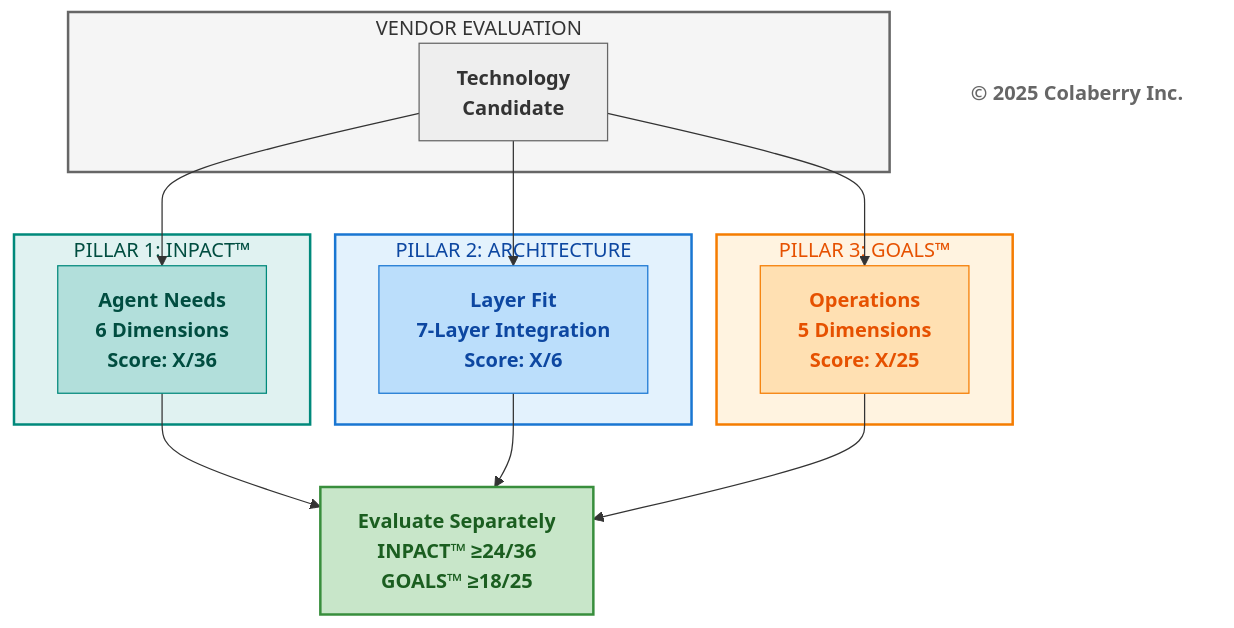
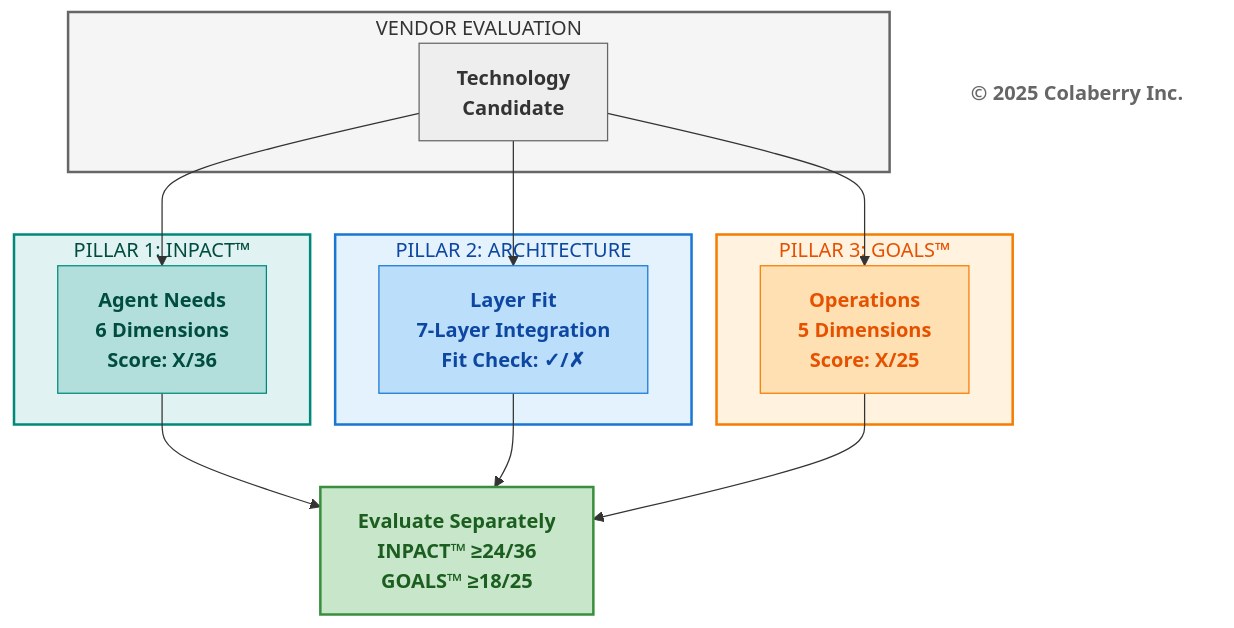
One commit to saitejesh-cyber/trust-before-intelligence-book changed the second of 5 diagrams in manuscript/12_chapter_11_technology_selection_guide.md. Above: the diagram before and after it, drawn with Mermaid. The commit also changed other lines of this file, not shown here.

````diff
--- a/manuscript/12_chapter_11_technology_selection_guide.md
+++ b/manuscript/12_chapter_11_technology_selection_guide.md
@@ -111,39 +111,39 @@
 ```mermaid
 graph TD
     subgraph VENDOR["VENDOR EVALUATION"]
         V["<b>Technology<br/>Candidate</b>"]
     end
     
     subgraph PILLAR1["PILLAR 1: INPACT™"]
         P1["<b>Agent Needs</b><br/><b>6 Dimensions</b><br/><b>Score: X/36</b>"]
     end
     
     subgraph PILLAR2["PILLAR 2: ARCHITECTURE"]
-        P2["<b>Layer Fit</b><br/><b>7-Layer Integration</b><br/><b>Score: X/6</b>"]
+        P2["<b>Layer Fit</b><br/><b>7-Layer Integration</b><br/><b>Fit Check: ✓/✗</b>"]
     end
     
     subgraph PILLAR3["PILLAR 3: GOALS™"]
         P3["<b>Operations</b><br/><b>5 Dimensions</b><br/><b>Score: X/25</b>"]
     end
     
     V --> P1
     V --> P2
     V --> P3
     
     P1 --> EVAL["<b>Evaluate Separately</b><br/><b>INPACT™ ≥24/36</b><br/><b>GOALS™ ≥18/25</b>"]
     P2 --> EVAL
     P3 --> EVAL
     
     Copyright["<b>© 2025 Colaberry Inc.</b>"]
     
     style VENDOR fill:#f5f5f5,stroke:#666666,stroke-width:2px,color:#333333
     style PILLAR1 fill:#e0f2f1,stroke:#00897b,stroke-width:2px,color:#004d40
     style PILLAR2 fill:#e3f2fd,stroke:#1976d2,stroke-width:2px,color:#0d47a1
     style PILLAR3 fill:#fff3e0,stroke:#f57c00,stroke-width:2px,color:#e65100
     style V fill:#eeeeee,stroke:#666666,color:#333333
     style P1 fill:#b2dfdb,stroke:#00897b,color:#004d40
     style P2 fill:#bbdefb,stroke:#1976d2,color:#0d47a1
     style P3 fill:#ffe0b2,stroke:#f57c00,color:#e65100
     style EVAL fill:#c8e6c9,stroke:#388e3c,stroke-width:2px,color:#1b5e20
     style Copyright fill:#ffffff,stroke:none,color:#666666
 ```
````
